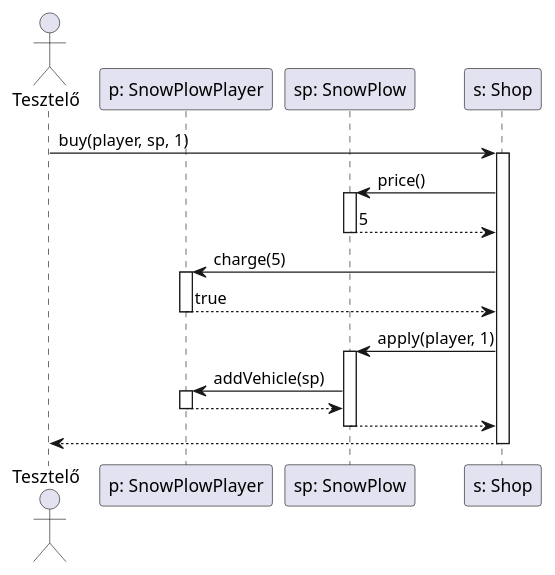
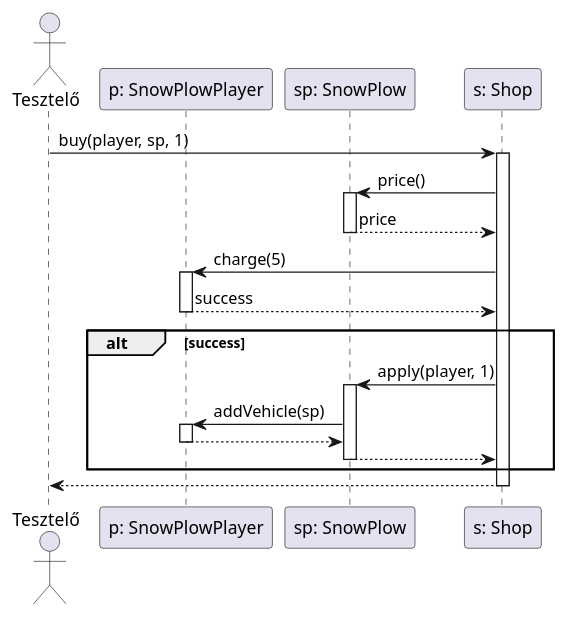
One commit to uhrinandor/spring changed the diagram in docs/skeleton-v2/shop/BuySnowPlow.plantuml. Above: the diagram before and after it, drawn with PlantUML. The commit also changed 1 other file, not shown here.

```diff
--- a/docs/skeleton-v2/shop/BuySnowPlow.plantuml
+++ b/docs/skeleton-v2/shop/BuySnowPlow.plantuml
@@ -1,29 +1,33 @@
 @startuml buyFromShop
 
 actor "Tesztelő" as tester
 participant "p: SnowPlowPlayer" as player
 participant "sp: SnowPlow" as sp
 participant "s: Shop" as shop
 
 
 tester -> shop: buy(player, sp, 1)
 activate shop
 shop -> sp: price()
 activate sp
-sp --> shop: 5
+'Skeleton.askInt("Mennyibe kerül?")
+sp --> shop: price
 deactivate sp
 shop -> player: charge(5)
 activate player
-player --> shop: true
+'Skeleton.askInt("Mennyi pénze van?")
+player --> shop: success
 deactivate player
+alt success
 shop -> sp: apply(player, 1)
 activate sp
 sp -> player: addVehicle(sp)
 activate player
 player --> sp
 deactivate player
 sp --> shop:
 deactivate sp
+end
 shop --> tester
 deactivate shop
 @enduml
```
